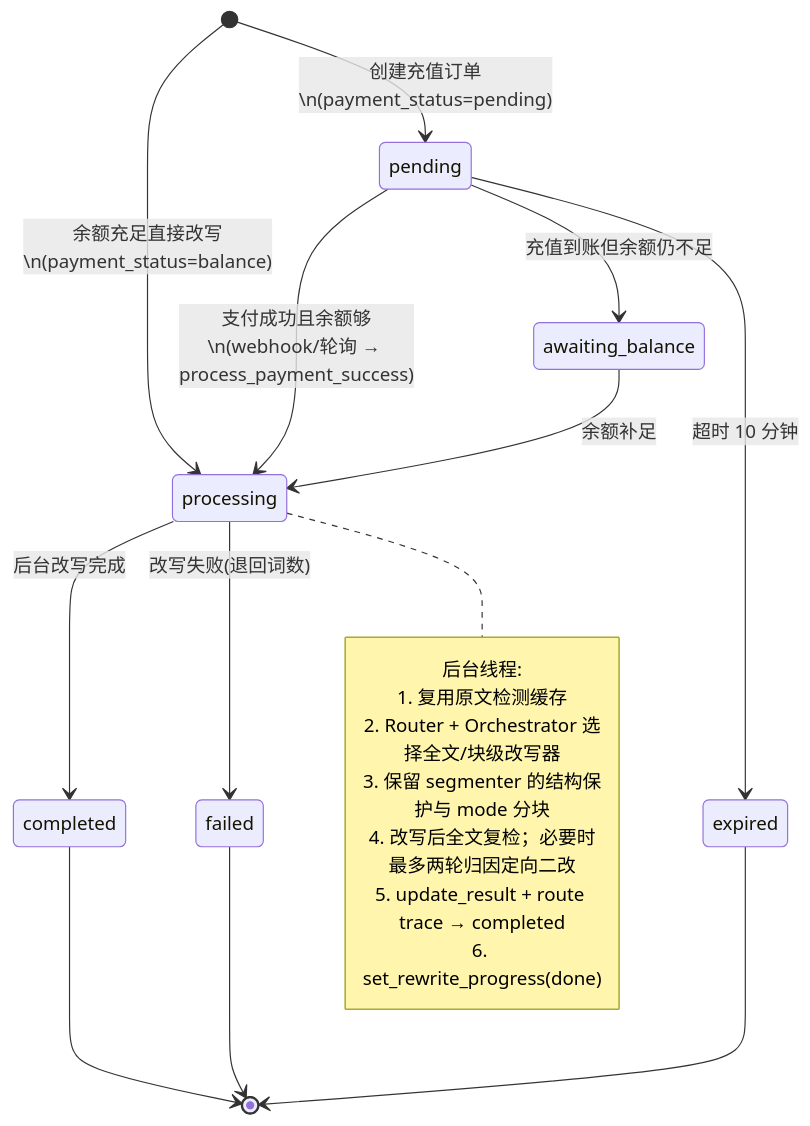
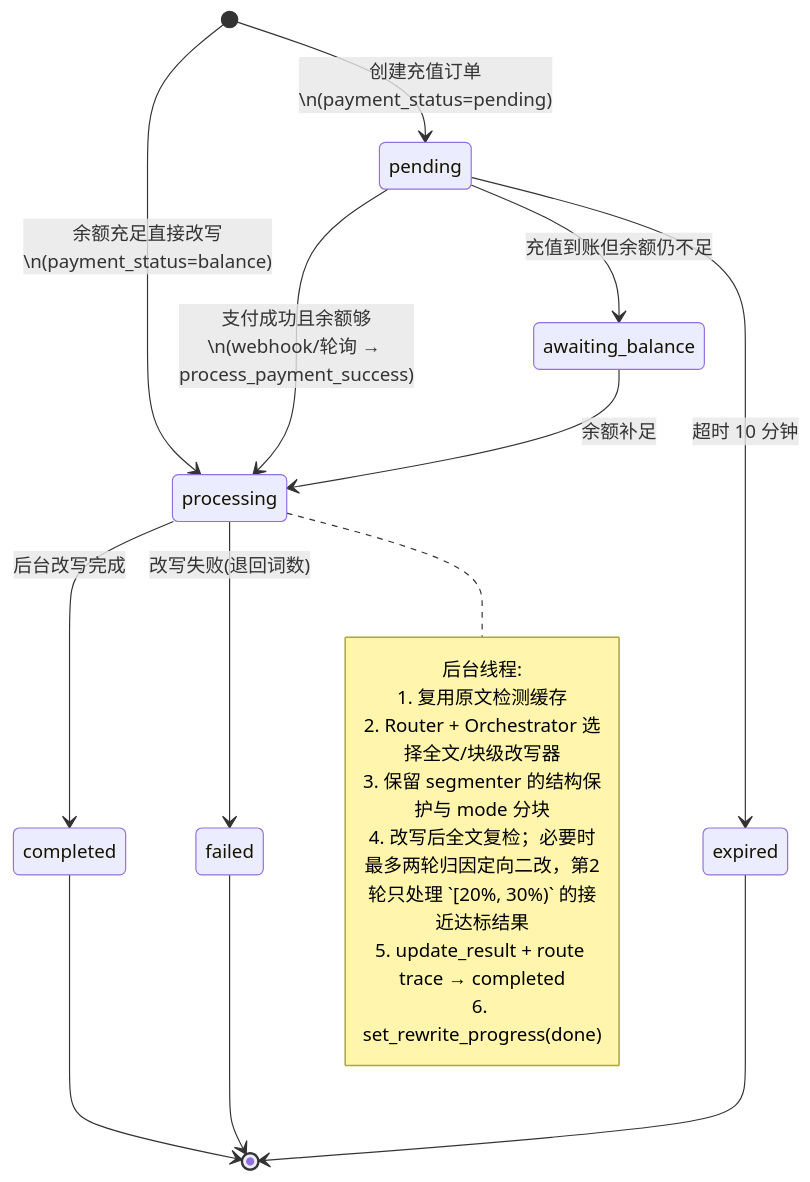
Before and after one commit to ipengai/aigc-humanizer-en: the eighth of 12 diagrams in docs/技术方案.md, drawn with Mermaid. The commit also changed other lines of this file and 10 other files, not shown here.

````diff
--- a/docs/技术方案.md
+++ b/docs/技术方案.md
@@ -648,27 +648,27 @@
 ```mermaid
 stateDiagram-v2
     [*] --> processing: 余额充足直接改写\n(payment_status=balance)
     [*] --> pending: 创建充值订单\n(payment_status=pending)
 
     pending --> processing: 支付成功且余额够\n(webhook/轮询 → process_payment_success)
     pending --> awaiting_balance: 充值到账但余额仍不足
     pending --> expired: 超时 10 分钟
     awaiting_balance --> processing: 余额补足
 
     processing --> completed: 后台改写完成
     processing --> failed: 改写失败(退回词数)
 
     completed --> [*]
     expired --> [*]
     failed --> [*]
 
     note right of processing
         后台线程:
         1. 复用原文检测缓存
         2. Router + Orchestrator 选择全文/块级改写器
         3. 保留 segmenter 的结构保护与 mode 分块
-        4. 改写后全文复检；必要时最多两轮归因定向二改
+        4. 改写后全文复检；必要时最多两轮归因定向二改，第2轮只处理 `[20%, 30%)` 的接近达标结果
         5. update_result + route trace → completed
         6. set_rewrite_progress(done)
     end note
 ```
````
